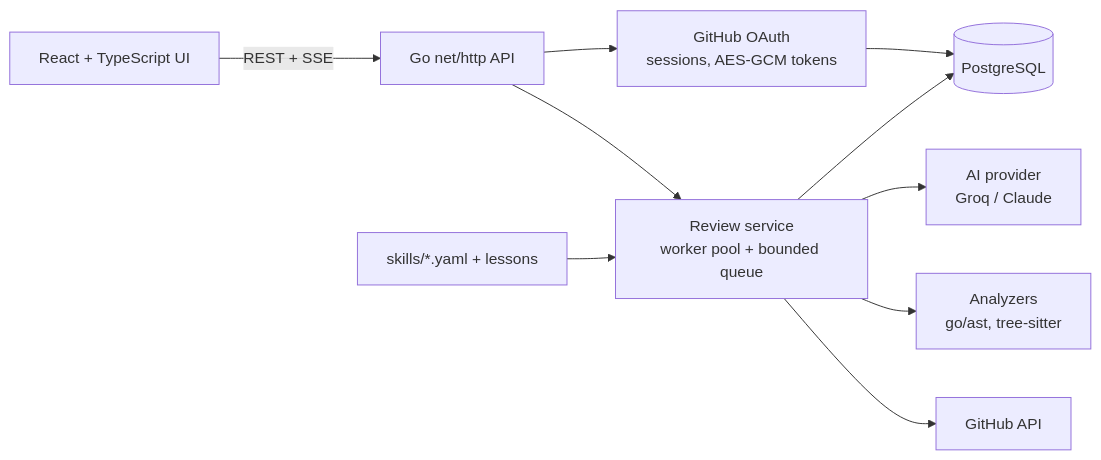
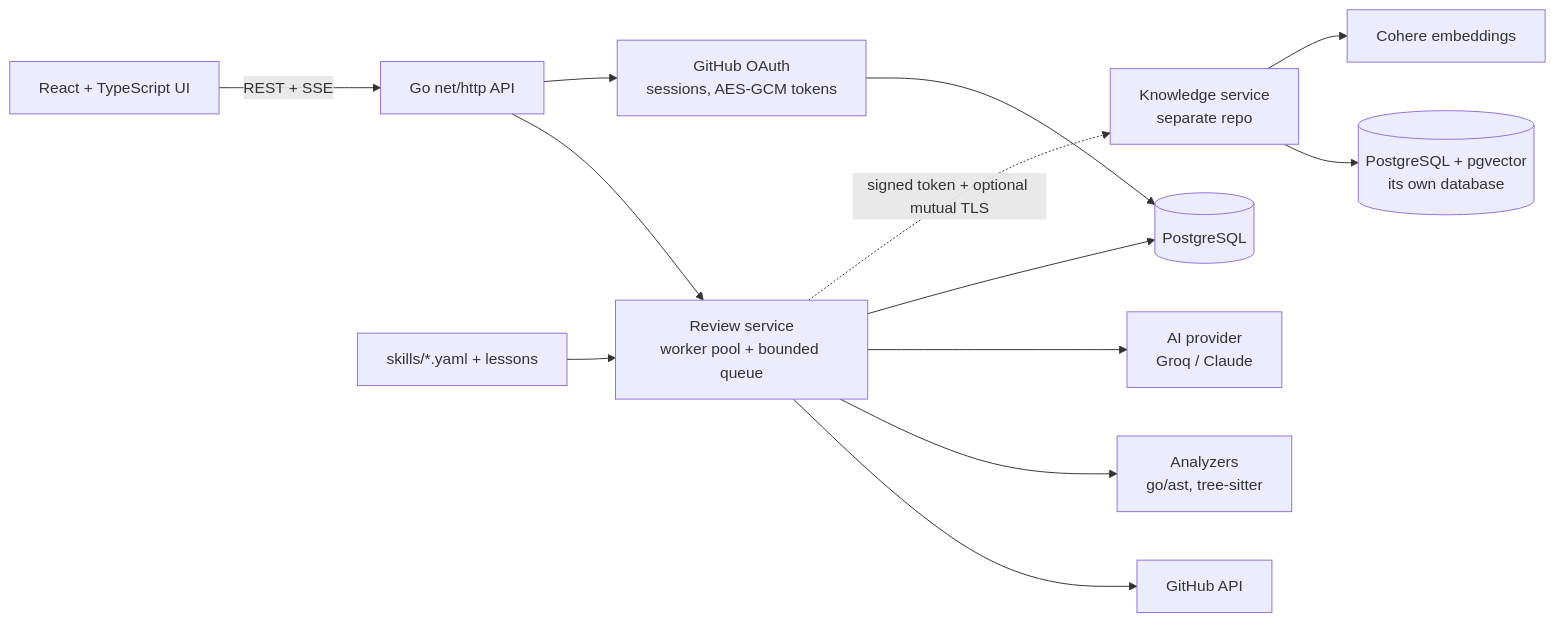
The diagram in README.md (chxragsaxena/PullWise-Code-Reviewer-And-Mentor), drawn with Mermaid before and after one commit. The commit also changed other lines of this file and 25 other files, not shown here.

Commit message:
Integrate the separate knowledge service: repo-wide context for the AI pass, signed tokens, optional mutual TLS

````diff
--- a/README.md
+++ b/README.md
@@ -29,12 +29,15 @@
 ```mermaid
 flowchart LR
   UI[React + TypeScript UI] -- REST + SSE --> API[Go net/http API]
   API --> SVC[Review service<br/>worker pool + bounded queue]
   SVC --> GH[GitHub API]
   SVC --> AN[Analyzers<br/>go/ast, tree-sitter]
   SVC --> AI[AI provider<br/>Groq / Claude]
   SVC --> DB[(PostgreSQL)]
   API --> AUTH[GitHub OAuth<br/>sessions, AES-GCM tokens]
   AUTH --> DB
   SK[skills/*.yaml + lessons] --> SVC
+  SVC -. signed token + optional mutual TLS .-> KB[Knowledge service<br/>separate repo]
+  KB --> VDB[(PostgreSQL + pgvector<br/>its own database)]
+  KB --> EMB[Cohere embeddings]
 ```
````
